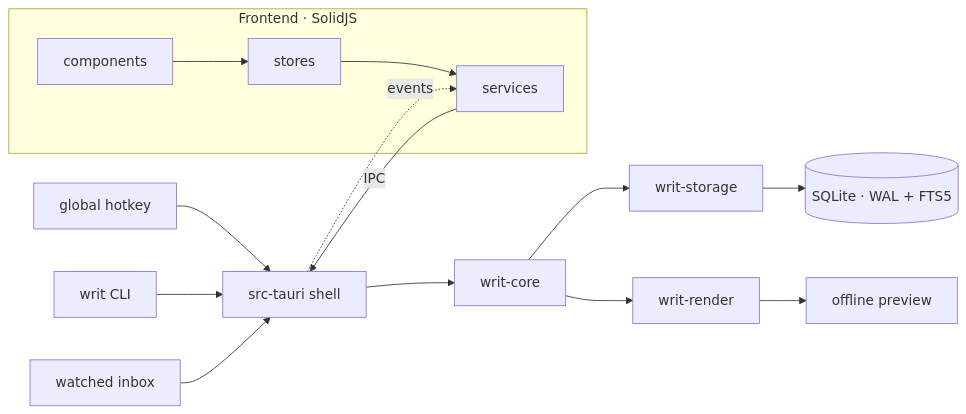
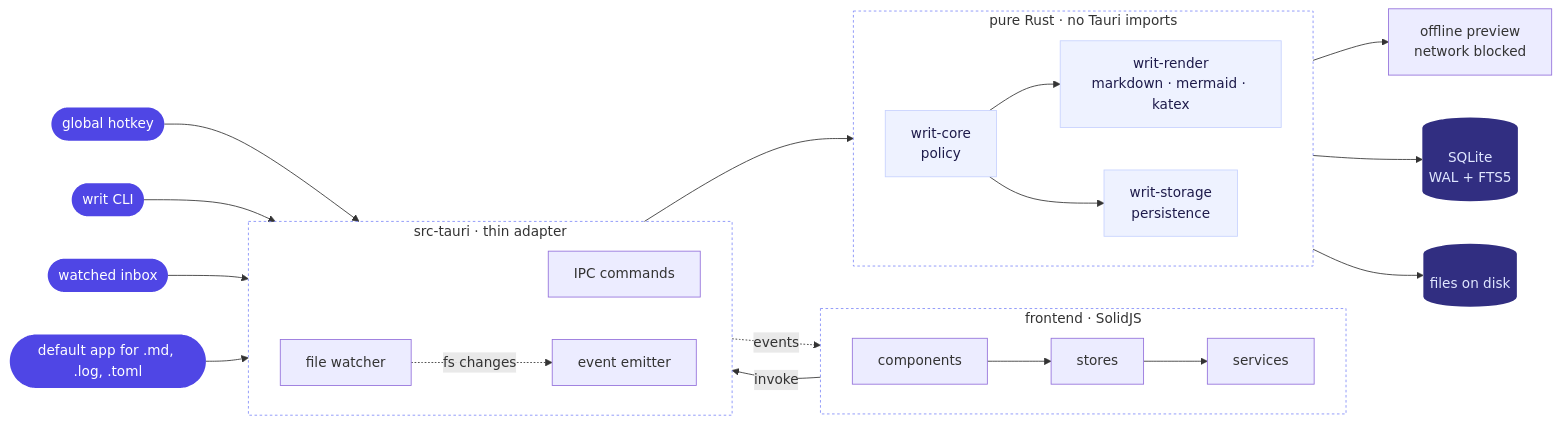
Before and after one commit to ibrahemid/writ: the diagram in README.md, drawn with Mermaid. The commit also changed other lines of this file and 9 other files, not shown here.

First line of the commit message:
docs(readme): hero gif, fresh screenshots, richer architecture diagram

````diff
--- a/README.md
+++ b/README.md
@@ -49,14 +58,43 @@
 ```mermaid
 flowchart LR
-    H[global hotkey] --> T
-    CLI[writ CLI] --> T
-    W[watched inbox] --> T
-    subgraph ui [Frontend · SolidJS]
-        C[components] --> S[stores] --> V[services]
+    classDef entry fill:#4f46e5,color:#fff,stroke:none
+    classDef data fill:#312e81,color:#e0e7ff,stroke:none
+    classDef crate fill:#eef2ff,color:#1e1b4b,stroke:#c7d2fe
+    classDef zone fill:none,stroke:#818cf8,stroke-dasharray:3 3
+
+    HK([global hotkey]):::entry
+    CLI([writ CLI]):::entry
+    INBOX([watched inbox]):::entry
+    ASSOC([default app for .md, .log, .toml]):::entry
+
+    subgraph FRONT [frontend · SolidJS]
+        direction LR
+        UI[components] --> ST[stores] --> SV[services]
     end
-    V -- IPC --> T[src-tauri shell]
-    T -. events .-> V
-    T --> core[writ-core]
-    core --> storage[writ-storage] --> DB[(SQLite · WAL + FTS5)]
-    core --> render[writ-render] --> P[offline preview]
+
+    subgraph SHELL [src-tauri · thin adapter]
+        direction LR
+        CMD[IPC commands]
+        EVT[event emitter]
+        FSW[file watcher]
+    end
+
+    subgraph CORE [pure Rust · no Tauri imports]
+        direction LR
+        WC[writ-core<br>policy]:::crate
+        WR[writ-render<br>markdown · mermaid · katex]:::crate
+        WS[writ-storage<br>persistence]:::crate
+    end
+
+    HK & CLI & INBOX & ASSOC --> SHELL
+    SV -- invoke --> CMD
+    EVT -. events .-> SV
+    FSW -. fs changes .-> EVT
+    CMD --> WC
+    WC --> WR --> PV[offline preview<br>network blocked]
+    WC --> WS
+    WS --> DB[(SQLite<br>WAL + FTS5)]:::data
+    WS --> FS[(files on disk)]:::data
+
+    class FRONT,SHELL,CORE zone
 ```
````
